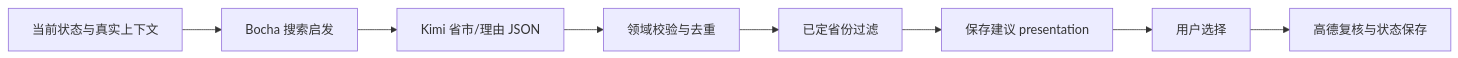
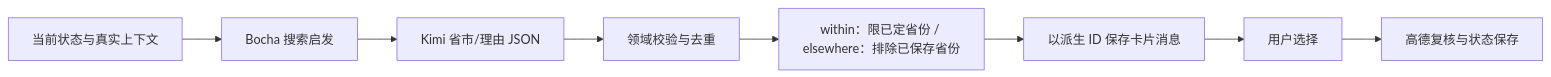
The sixth of 6 diagrams in docs/ARCHITECTURE.md (meiyulin22/Meri-Road-Trip), drawn with Mermaid before and after one commit. The commit also changed other lines of this file and 54 other files, not shown here.

````diff
--- a/docs/ARCHITECTURE.md
+++ b/docs/ARCHITECTURE.md
@@ -218,10 +221,10 @@
 ```mermaid
 flowchart LR
   context[当前状态与真实上下文] --> search[Bocha 搜索启发]
   search --> generate[Kimi 省市/理由 JSON]
   generate --> validate[领域校验与去重]
-  validate --> filter[已定省份过滤]
-  filter --> persist[保存建议 presentation]
+  validate --> filter[within：限已定省份 / elsewhere：排除已保存省份]
+  filter --> persist[以派生 ID 保存卡片消息]
   persist --> select[用户选择]
   select --> verify[高德复核与状态保存]
 ```
````
